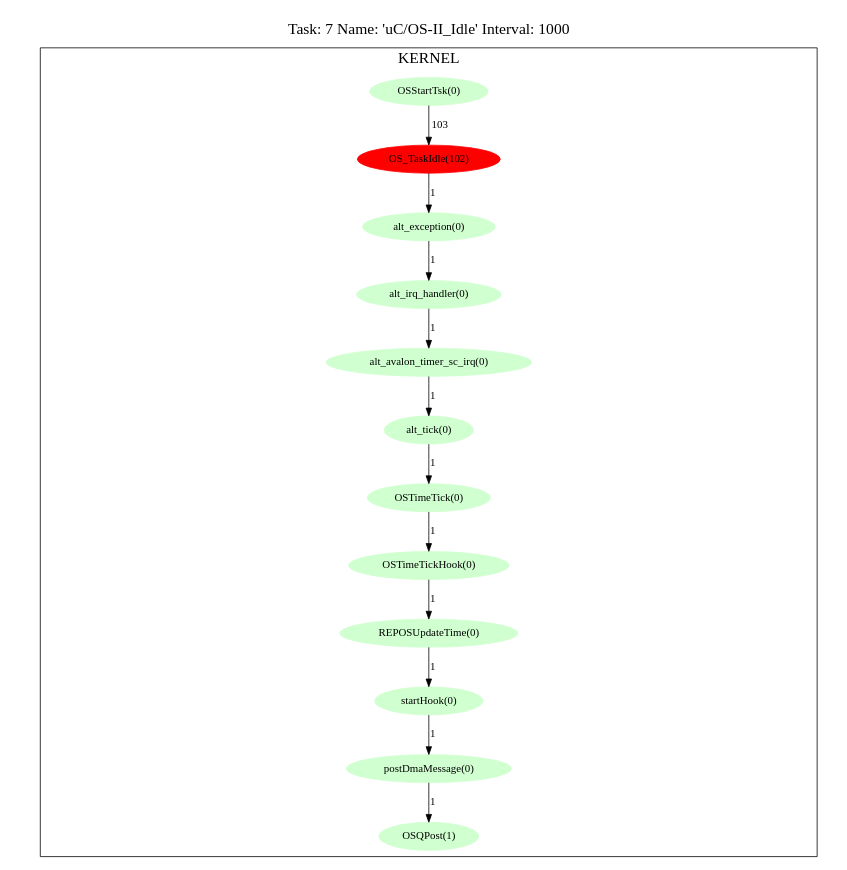
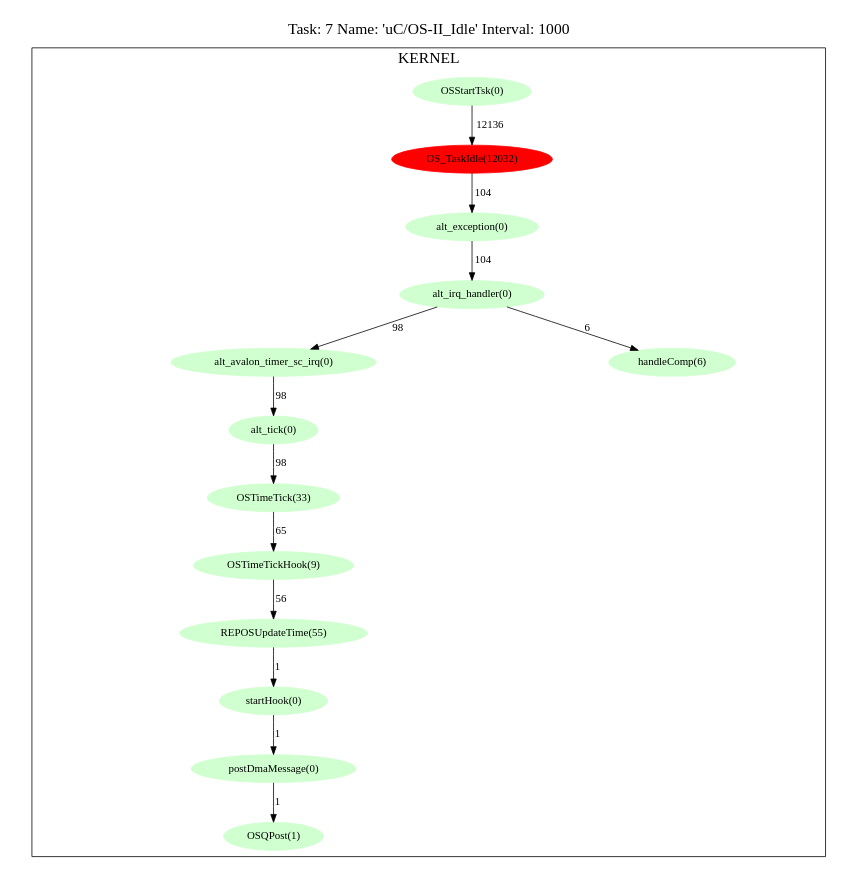
One commit to jcaplan/fingerprinting changed the diagram in ovp_platform/platform_2_tlb/7.uC-OS-II_Idle.cpum.dot. Above: the diagram before and after it, drawn with Graphviz. The commit also changed 43 other files, not shown here.

Commit message:
a few small bugs in comparator and fprint, changed default error behaviour to restart task, abandoned restarting core for time being

```diff
--- a/ovp_platform/platform_2_tlb/7.uC-OS-II_Idle.cpum.dot
+++ b/ovp_platform/platform_2_tlb/7.uC-OS-II_Idle.cpum.dot
@@ -1,46 +1,49 @@
 digraph prof {
   size="6,6";
   ratio = fill;
   fontsize = "20";
   node [style=filled];
   labelloc = "t";
   label = "Task: 7 Name: 'uC/OS-II_Idle' Interval: 1000";
   subgraph cluster_kernel {
     label = "KERNEL";
     "F2" [label = "alt_exception(0)"];
-    "F2" -> "F3" [label = 1];
+    "F2" -> "F3" [label = 104];
     "F3" [label = "alt_irq_handler(0)"];
-    "F3" -> "F4" [label = 1];
+    "F3" -> "F4" [label = 98];
+    "F3" -> "F12" [label = 6];
+    "F12" [label = "handleComp(6)"];
     "F9" [label = "startHook(0)"];
     "F9" -> "F10" [label = 1];
-    "F6" [label = "OSTimeTick(0)"];
-    "F6" -> "F7" [label = 1];
-    "F1" [label = "OS_TaskIdle(102)"];
-    "F1" -> "F2" [label = 1];
+    "F6" [label = "OSTimeTick(33)"];
+    "F6" -> "F7" [label = 65];
+    "F1" [label = "OS_TaskIdle(12032)"];
+    "F1" -> "F2" [label = 104];
     "F11" [label = "OSQPost(1)"];
     "F4" [label = "alt_avalon_timer_sc_irq(0)"];
-    "F4" -> "F5" [label = 1];
+    "F4" -> "F5" [label = 98];
     "F10" [label = "postDmaMessage(0)"];
     "F10" -> "F11" [label = 1];
-    "F8" [label = "REPOSUpdateTime(0)"];
+    "F8" [label = "REPOSUpdateTime(55)"];
     "F8" -> "F9" [label = 1];
     "F5" [label = "alt_tick(0)"];
-    "F5" -> "F6" [label = 1];
+    "F5" -> "F6" [label = 98];
     "F0" [label = "OSStartTsk(0)"];
-    "F0" -> "F1" [label = 103];
-    "F7" [label = "OSTimeTickHook(0)"];
-    "F7" -> "F8" [label = 1];
+    "F0" -> "F1" [label = 12136];
+    "F7" [label = "OSTimeTickHook(9)"];
+    "F7" -> "F8" [label = 56];
     "F2" [color="#d0ffd0"];
     "F3" [color="#d0ffd0"];
+    "F12" [color="#d0ffd0"];
     "F9" [color="#d0ffd0"];
     "F6" [color="#d0ffd0"];
     "F1" [color="#ff0000"];
     "F11" [color="#d0ffd0"];
     "F4" [color="#d0ffd0"];
     "F10" [color="#d0ffd0"];
     "F8" [color="#d0ffd0"];
     "F5" [color="#d0ffd0"];
     "F0" [color="#d0ffd0"];
     "F7" [color="#d0ffd0"];
   }
 }
```
